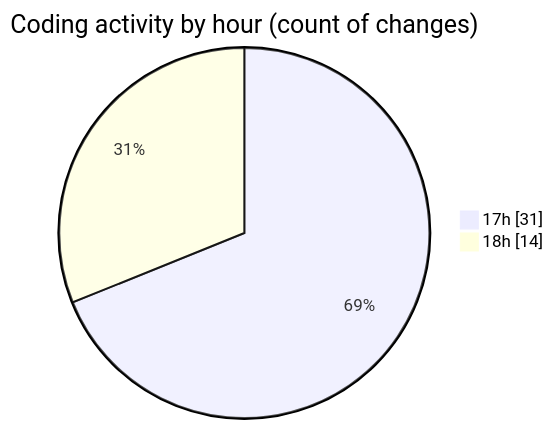
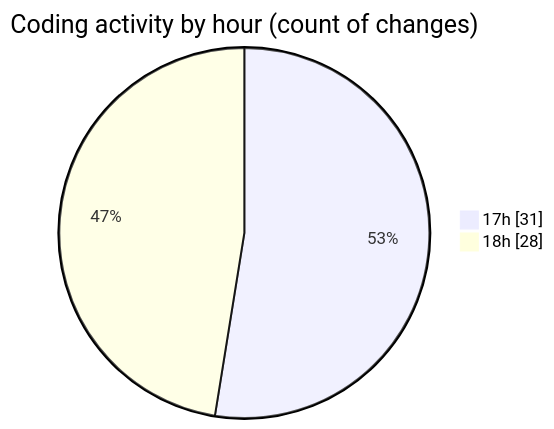
The second of 2 diagrams in 2025-07-19/nxtqube_webapp/README.md (nxtqubesakshisongat/code-tracking), drawn with Mermaid before and after one commit. The commit also changed other lines of this file and 1 other file, not shown here.

````diff
--- a/2025-07-19/nxtqube_webapp/README.md
+++ b/2025-07-19/nxtqube_webapp/README.md
@@ -40,6 +41,6 @@
 ```mermaid
 pie showData
 title Coding activity by hour (count of changes)
 "17h" : 31
-"18h" : 14
+"18h" : 28
 ```
````
